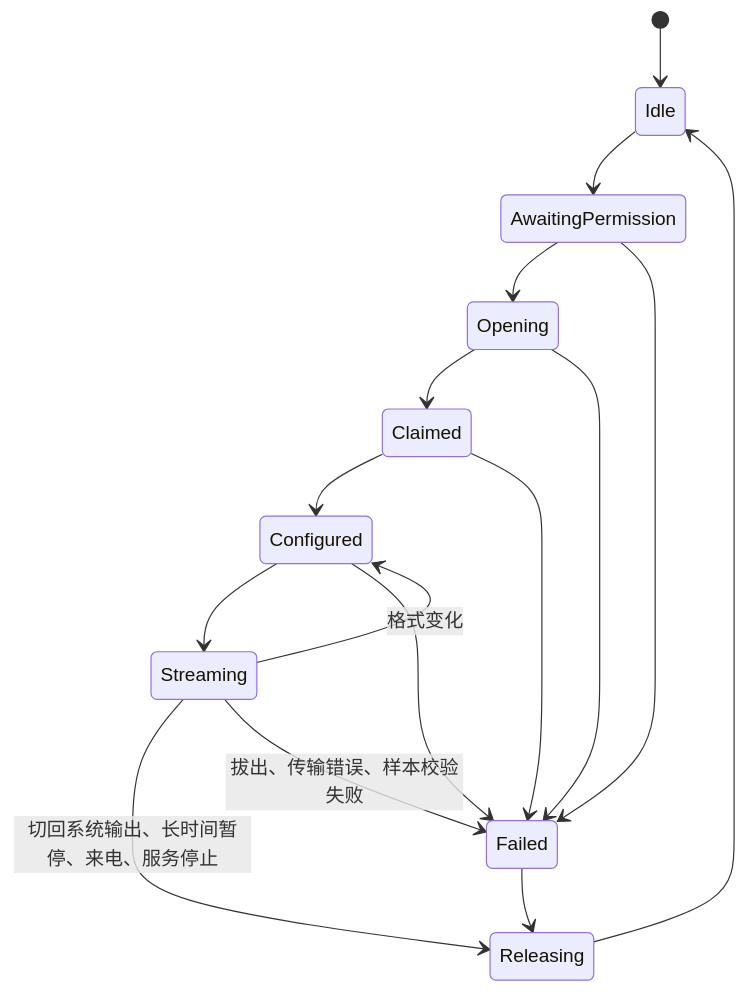
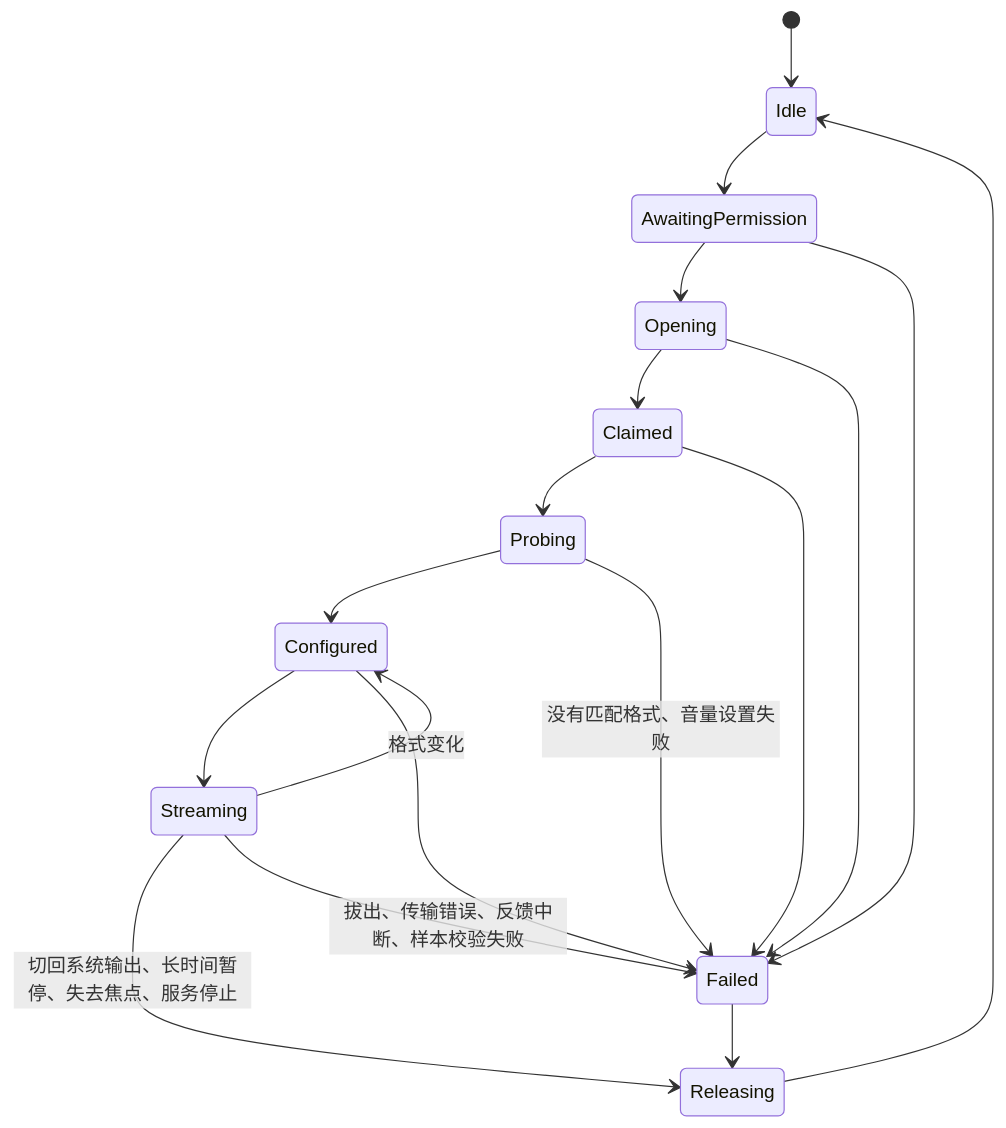
One commit to Sumire-no-kai/Vesqen changed the third of 4 diagrams in docs/M7_USB_ARCHITECTURE.md. Above: the diagram before and after it, drawn with Mermaid. The commit also changed other lines of this file and 4 other files, not shown here.

First line of the commit message:
docs(m7): revise the USB architecture after review

````diff
--- a/docs/M7_USB_ARCHITECTURE.md
+++ b/docs/M7_USB_ARCHITECTURE.md
@@ -148,18 +244,20 @@
 ```mermaid
 stateDiagram-v2
     [*] --> Idle
     Idle --> AwaitingPermission
     AwaitingPermission --> Opening
     Opening --> Claimed
-    Claimed --> Configured
+    Claimed --> Probing
+    Probing --> Configured
     Configured --> Streaming
     Streaming --> Configured: 格式变化
-    Streaming --> Releasing: 切回系统输出、长时间暂停、来电、服务停止
+    Streaming --> Releasing: 切回系统输出、长时间暂停、失去焦点、服务停止
     AwaitingPermission --> Failed
     Opening --> Failed
     Claimed --> Failed
+    Probing --> Failed: 没有匹配格式、音量设置失败
     Configured --> Failed
-    Streaming --> Failed: 拔出、传输错误、样本校验失败
+    Streaming --> Failed: 拔出、传输错误、反馈中断、样本校验失败
     Failed --> Releasing
     Releasing --> Idle
 ```
````
